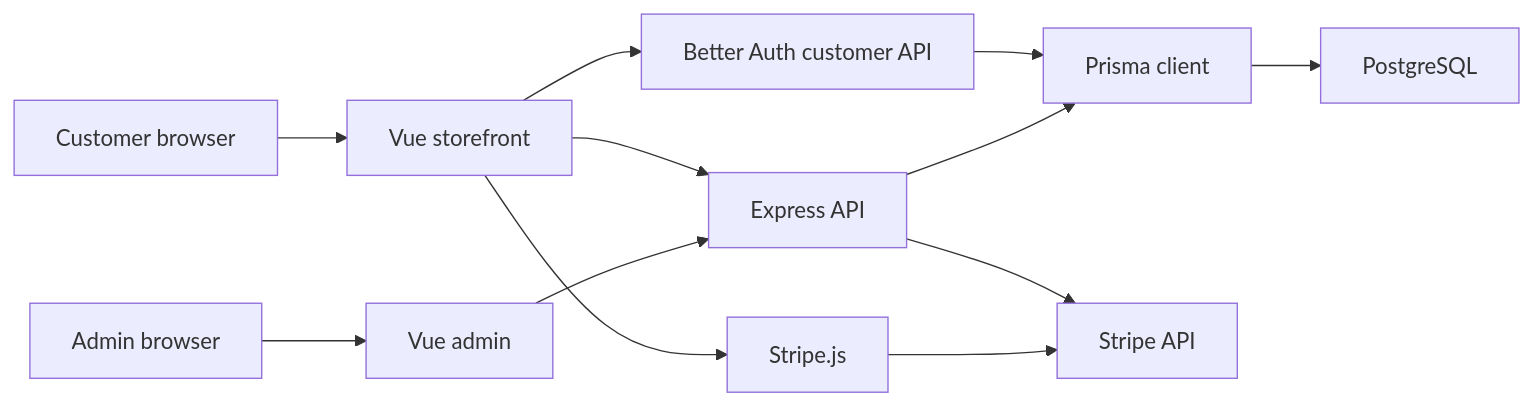
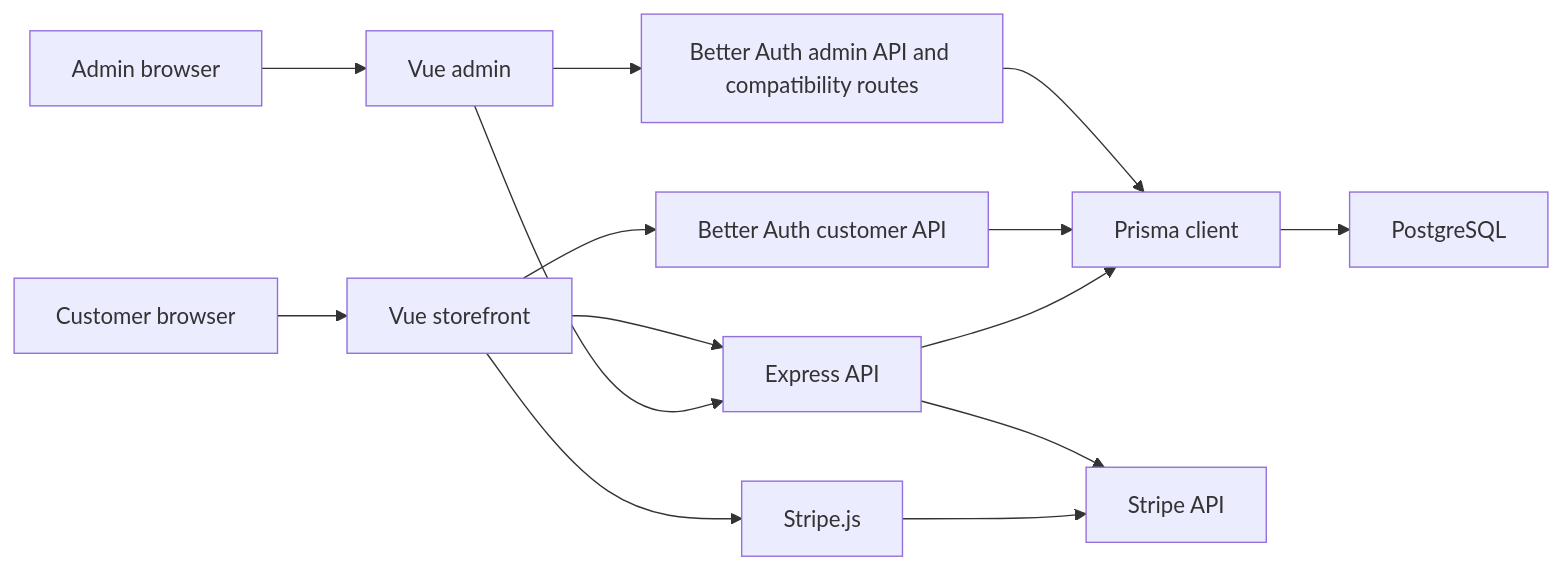
Before and after one commit to alvarezaaronAI/doggy-ent: the diagram in doggy_ent_vue/docs/architecture/README.md, drawn with Mermaid. The commit also changed other lines of this file and 101 other files, not shown here.

````diff
--- a/doggy_ent_vue/docs/architecture/README.md
+++ b/doggy_ent_vue/docs/architecture/README.md
@@ -11,14 +11,16 @@
 ```mermaid
 flowchart LR
   Customer["Customer browser"] --> Storefront["Vue storefront"]
   Admin["Admin browser"] --> AdminApp["Vue admin"]
   Storefront --> Api["Express API"]
   AdminApp --> Api
   Storefront --> CustomerAuth["Better Auth customer API"]
+  AdminApp --> AdminAuth["Better Auth admin API and compatibility routes"]
+  AdminAuth --> Prisma
   CustomerAuth --> Prisma
   Api --> Prisma["Prisma client"]
   Prisma --> DB["PostgreSQL"]
   Api --> Stripe["Stripe API"]
   Storefront --> StripeJS["Stripe.js"]
   StripeJS --> Stripe
 ```
````
